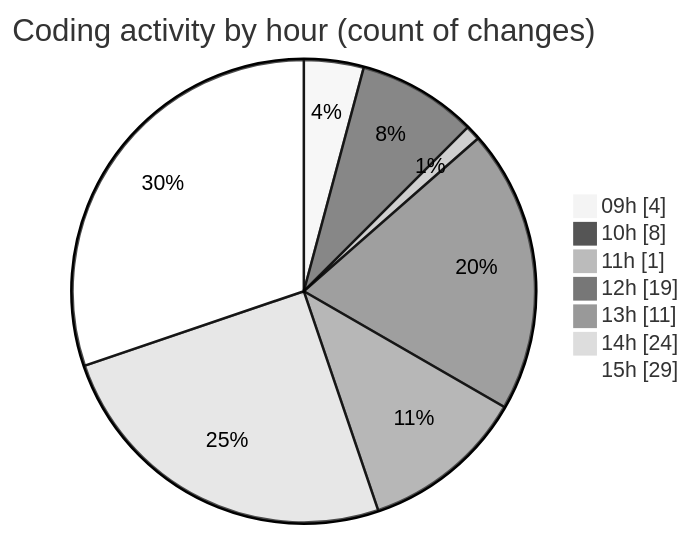
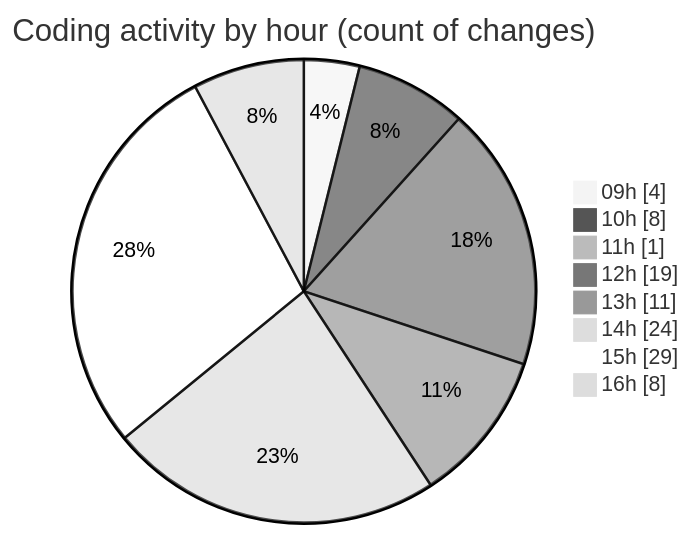
One commit to nxtqubesakshisongat/code-tracking changed the second of 2 diagrams in 2026-02-18/nxtqube_webapp/README.md. Above: the diagram before and after it, drawn with Mermaid (neutral theme). The commit also changed other lines of this file and 1 other file, not shown here.

````diff
--- a/2026-02-18/nxtqube_webapp/README.md
+++ b/2026-02-18/nxtqube_webapp/README.md
@@ -37,11 +38,12 @@
 ```mermaid
 pie showData
 title Coding activity by hour (count of changes)
 "09h" : 4
 "10h" : 8
 "11h" : 1
 "12h" : 19
 "13h" : 11
 "14h" : 24
 "15h" : 29
+"16h" : 8
 ```
````
